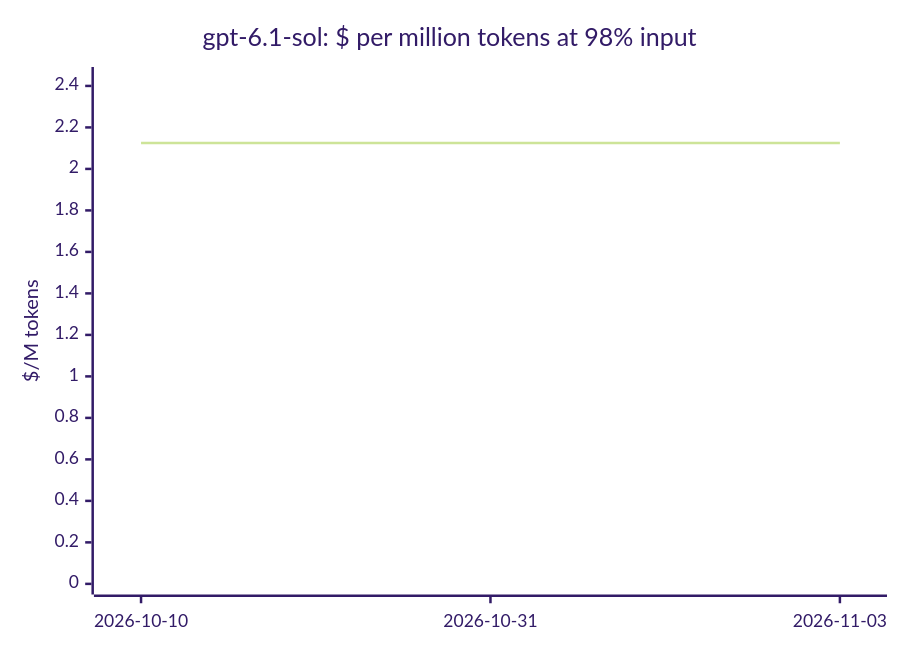
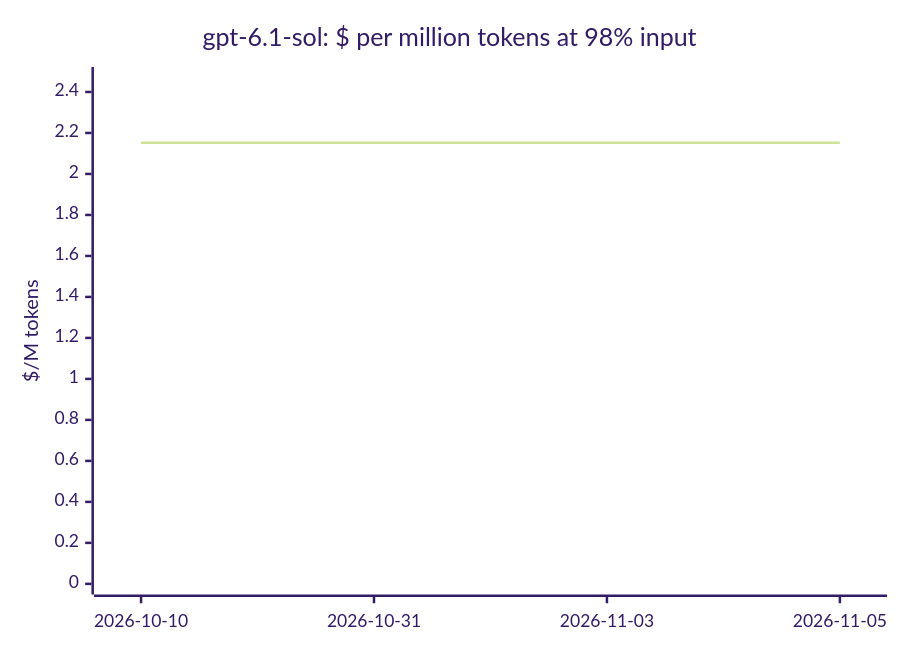
One commit to cklukas/OMEGA_TRANSFORM changed diagram 14 of 20 in docs/openrouter-models.md. Above: the diagram before and after it, drawn with Mermaid (forest theme). The commit also changed other lines of this file and 291 other files, not shown here.

````diff
--- a/docs/openrouter-models.md
+++ b/docs/openrouter-models.md
@@ -256,7 +259,7 @@
 ```mermaid
 xychart-beta
     title "gpt-6.1-sol: $ per million tokens at 98% input"
-    x-axis ["2026-10-10", "2026-10-31", "2026-11-03"]
-    y-axis "$/M tokens" 0 --> 2.44
-    line [2.125, 2.125, 2.125]
+    x-axis ["2026-10-10", "2026-10-31", "2026-11-03", "2026-11-05"]
+    y-axis "$/M tokens" 0 --> 2.47
+    line [2.152, 2.152, 2.152, 2.152]
 ```
````
